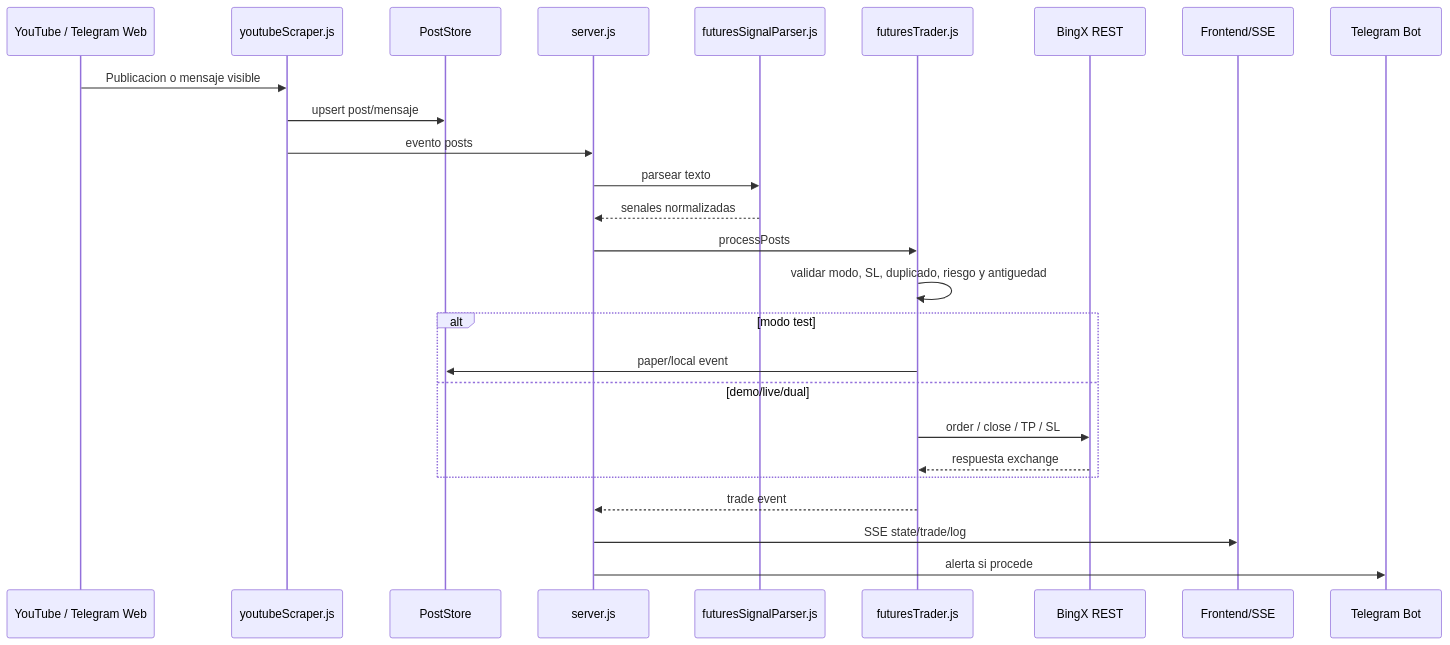
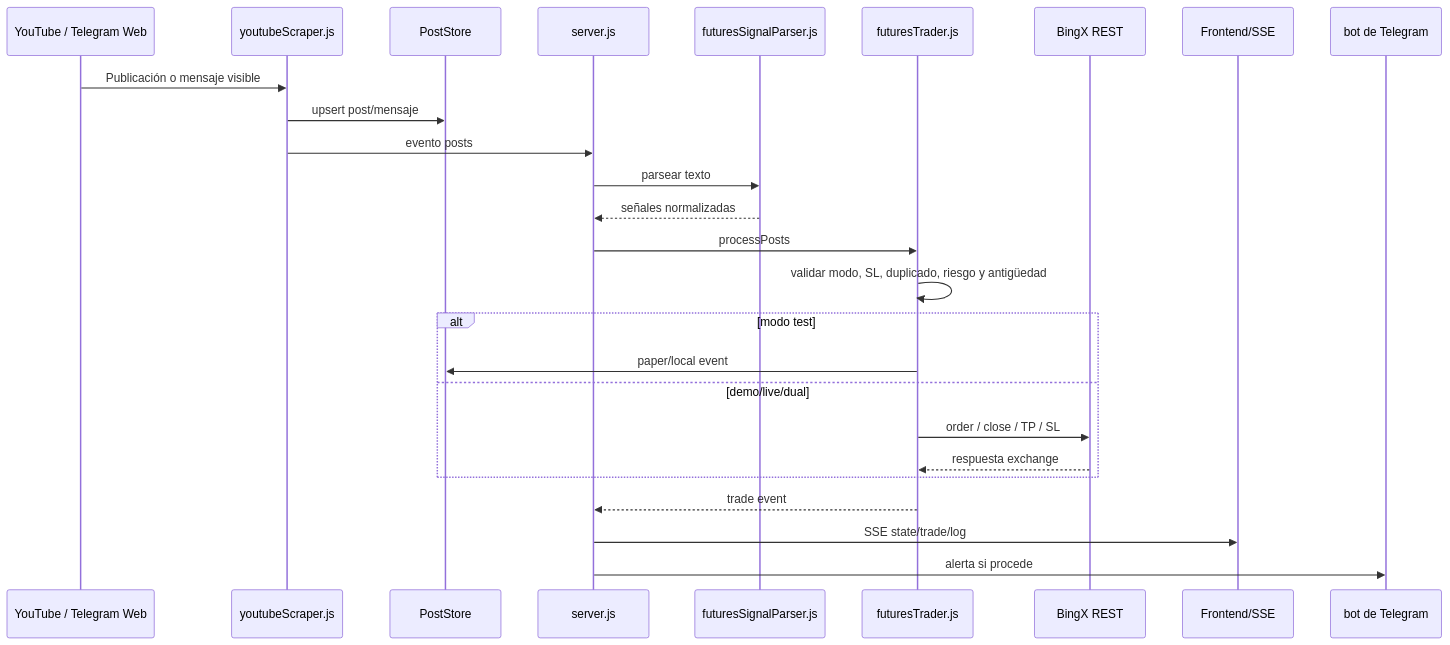
The second of 3 diagrams in docs/ARCHITECTURE.md (JotaTerrasa/yt-members-signal-trader), drawn with Mermaid before and after one commit. The commit also changed other lines of this file and 35 other files, not shown here.

````diff
--- a/docs/ARCHITECTURE.md
+++ b/docs/ARCHITECTURE.md
@@ -49,29 +49,29 @@
 ```mermaid
 sequenceDiagram
   participant Source as YouTube / Telegram Web
   participant Scraper as youtubeScraper.js
   participant Store as PostStore
   participant Server as server.js
   participant Parser as futuresSignalParser.js
   participant Trader as futuresTrader.js
   participant BingX as BingX REST
   participant UI as Frontend/SSE
-  participant Bot as Telegram Bot
+  participant Bot as bot de Telegram
 
-  Source->>Scraper: Publicacion o mensaje visible
+  Source->>Scraper: Publicación o mensaje visible
   Scraper->>Store: upsert post/mensaje
   Scraper->>Server: evento posts
   Server->>Parser: parsear texto
-  Parser-->>Server: senales normalizadas
+  Parser-->>Server: señales normalizadas
   Server->>Trader: processPosts
-  Trader->>Trader: validar modo, SL, duplicado, riesgo y antiguedad
+  Trader->>Trader: validar modo, SL, duplicado, riesgo y antigüedad
   alt modo test
     Trader->>Store: paper/local event
   else demo/live/dual
     Trader->>BingX: order / close / TP / SL
     BingX-->>Trader: respuesta exchange
   end
   Trader-->>Server: trade event
   Server->>UI: SSE state/trade/log
   Server->>Bot: alerta si procede
 ```
````
